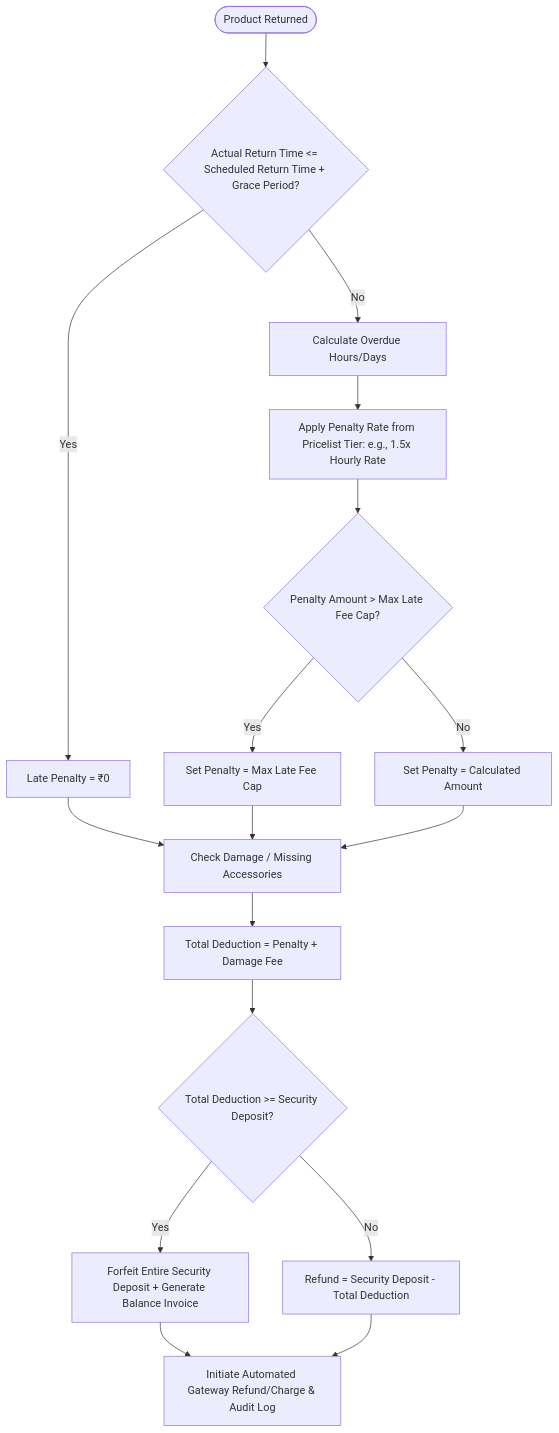
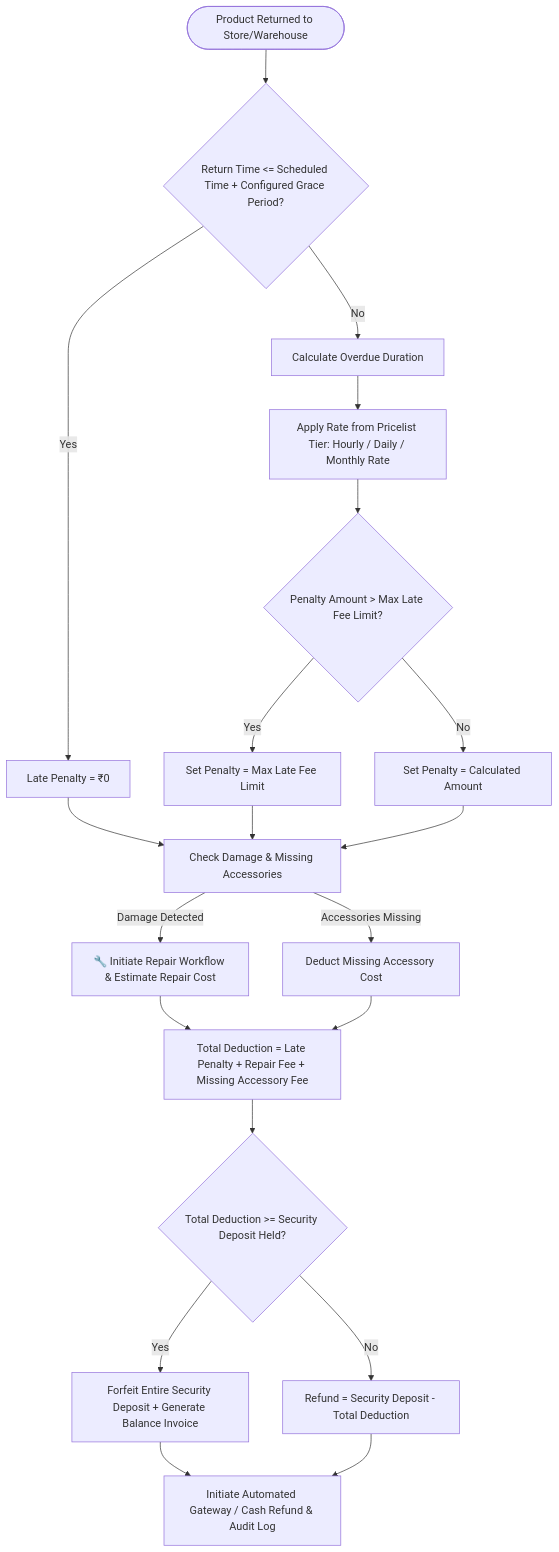
The fourth of 4 diagrams in ARCHITECTURE.md (AritraRoy889/Odoo_Hackathon2026_Final_Round_ASPD_Project), drawn with Mermaid before and after one commit. The commit also changed other lines of this file, not shown here.

Commit message:
docs: add granular micro-components (quotation templates, repair workflow, grace periods, deposit types)

````diff
--- a/ARCHITECTURE.md
+++ b/ARCHITECTURE.md
@@ -91,21 +95,24 @@
 ```mermaid
 flowchart TD
-    Ret([Product Returned]) --> TimeCheck{Actual Return Time <= Scheduled Return Time + Grace Period?}
+    Ret([Product Returned to Store/Warehouse]) --> GraceCheck{Return Time <= Scheduled Time + Configured Grace Period?}
     
-    TimeCheck -- Yes --> NoPenalty[Late Penalty = ₹0]
-    TimeCheck -- No --> CalcPenalty[Calculate Overdue Hours/Days]
+    GraceCheck -- Yes --> NoPenalty[Late Penalty = ₹0]
+    GraceCheck -- No --> CalcPenalty[Calculate Overdue Duration]
     
-    CalcPenalty --> ApplyTier[Apply Penalty Rate from Pricelist Tier: e.g., 1.5x Hourly Rate]
-    ApplyTier --> CapCheck{Penalty Amount > Max Late Fee Cap?}
-    CapCheck -- Yes --> CapPenalty[Set Penalty = Max Late Fee Cap]
+    CalcPenalty --> ApplyTier[Apply Rate from Pricelist Tier: Hourly / Daily / Monthly Rate]
+    ApplyTier --> CapCheck{Penalty Amount > Max Late Fee Limit?}
+    CapCheck -- Yes --> CapPenalty[Set Penalty = Max Late Fee Limit]
     CapCheck -- No --> FinalPenalty[Set Penalty = Calculated Amount]
     
-    NoPenalty & CapPenalty & FinalPenalty --> Inspection[Check Damage / Missing Accessories]
-    Inspection --> TotalDeduction[Total Deduction = Penalty + Damage Fee]
+    NoPenalty & CapPenalty & FinalPenalty --> Inspection[Check Damage & Missing Accessories]
+    Inspection -- Damage Detected --> RepairFlow[🔧 Initiate Repair Workflow & Estimate Repair Cost]
+    Inspection -- Accessories Missing --> AccFee[Deduct Missing Accessory Cost]
     
-    TotalDeduction --> DepositCompare{Total Deduction >= Security Deposit?}
+    RepairFlow & AccFee --> TotalDeduction[Total Deduction = Late Penalty + Repair Fee + Missing Accessory Fee]
+    
+    TotalDeduction --> DepositCompare{Total Deduction >= Security Deposit Held?}
     DepositCompare -- Yes --> Forfeit[Forfeit Entire Security Deposit + Generate Balance Invoice]
     DepositCompare -- No --> PartialRefund[Refund = Security Deposit - Total Deduction]
     
-    Forfeit & PartialRefund --> Gateway[Initiate Automated Gateway Refund/Charge & Audit Log]
+    Forfeit & PartialRefund --> Gateway[Initiate Automated Gateway / Cash Refund & Audit Log]
 ```
````
